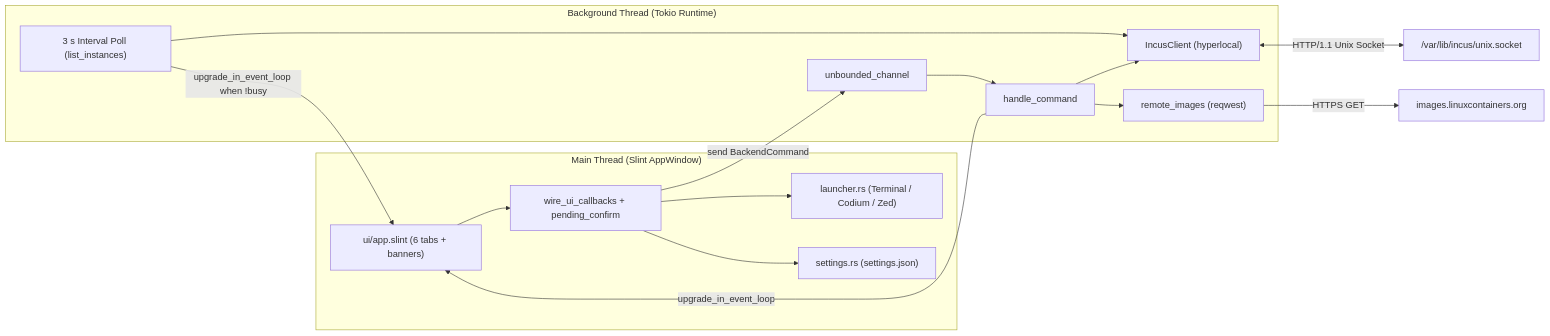
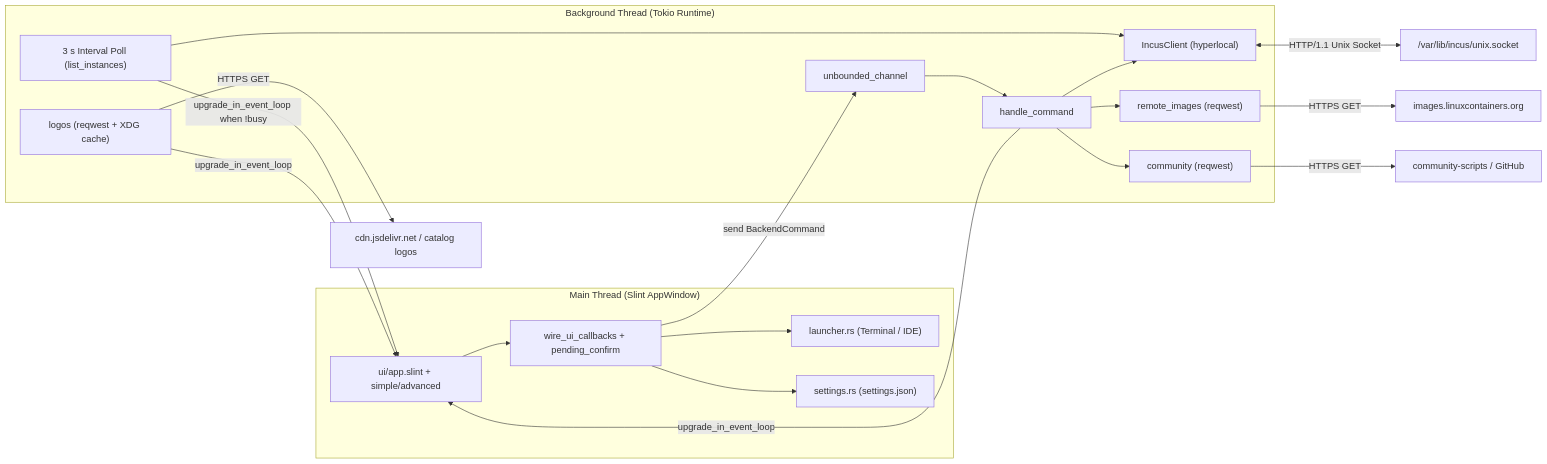
The diagram in docs/ARCHITECTURE.md (nandazahran/IncusCubby), drawn with Mermaid before and after one commit. The commit also changed other lines of this file and 5 other files, not shown here.

````diff
--- a/docs/ARCHITECTURE.md
+++ b/docs/ARCHITECTURE.md
@@ -31,30 +31,36 @@
 ```mermaid
 flowchart LR
   subgraph UI["Main Thread (Slint AppWindow)"]
-    W["ui/app.slint (6 tabs + banners)"]
+    W["ui/app.slint + simple/advanced"]
     CB["wire_ui_callbacks + pending_confirm"]
-    L["launcher.rs (Terminal / Codium / Zed)"]
+    L["launcher.rs (Terminal / IDE)"]
     S["settings.rs (settings.json)"]
     W --> CB
     CB --> L
     CB --> S
   end
 
   subgraph Worker["Background Thread (Tokio Runtime)"]
     MPSC["unbounded_channel<BackendCommand>"]
     POLL["3 s Interval Poll (list_instances)"]
     CMD["handle_command"]
     C["IncusClient (hyperlocal)"]
     RI["remote_images (reqwest)"]
+    CS["community (reqwest)"]
+    LG["logos (reqwest + XDG cache)"]
     MPSC --> CMD
     POLL --> C
     CMD --> C
     CMD --> RI
+    CMD --> CS
   end
 
   CB -->|send BackendCommand| MPSC
   CMD -->|upgrade_in_event_loop| W
   POLL -->|upgrade_in_event_loop when !busy| W
+  LG -->|upgrade_in_event_loop| W
   C <-->|HTTP/1.1 Unix Socket| SOCK["/var/lib/incus/unix.socket"]
   RI -->|HTTPS GET| SS["images.linuxcontainers.org"]
+  CS -->|HTTPS GET| GH["community-scripts / GitHub"]
+  LG -->|HTTPS GET| CDN["cdn.jsdelivr.net / catalog logos"]
 ```
````
